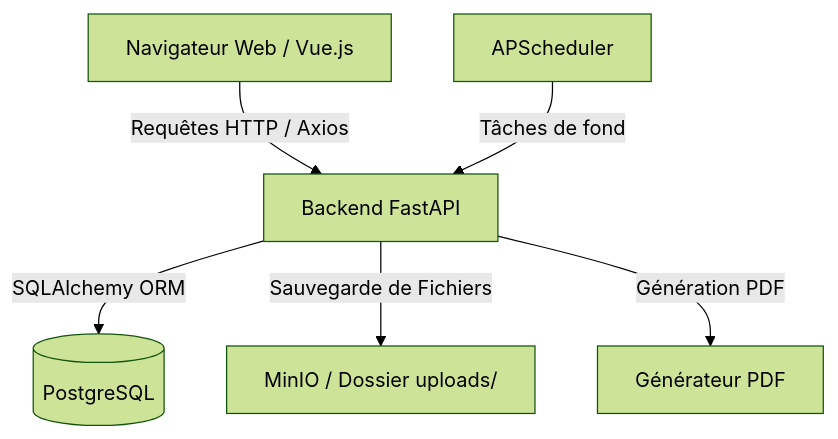
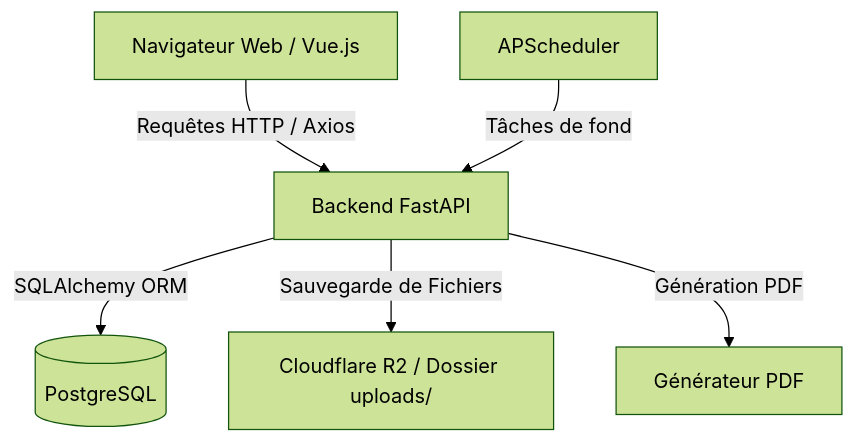
The diagram in README.md (guizaouiadam1234/ERP-Coselec), drawn with Mermaid (forest theme) before and after one commit. The commit also changed other lines of this file, not shown here.

Commit message:
Update storage options from MinIO to Cloudflare R2

````diff
--- a/README.md
+++ b/README.md
@@ -69,8 +69,8 @@
 ```mermaid
 graph TD
     Client[Navigateur Web / Vue.js] -->|Requêtes HTTP / Axios| API[Backend FastAPI]
     API -->|SQLAlchemy ORM| DB[(PostgreSQL)]
-    API -->|Sauvegarde de Fichiers| Storage[MinIO / Dossier uploads/]
+    API -->|Sauvegarde de Fichiers| Storage[Cloudflare R2 / Dossier uploads/]
     API -->|Génération PDF| ReportLab[Générateur PDF]
     Cron[APScheduler] -->|Tâches de fond| API
 ```
````
